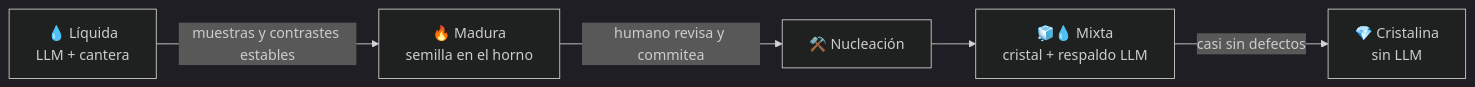
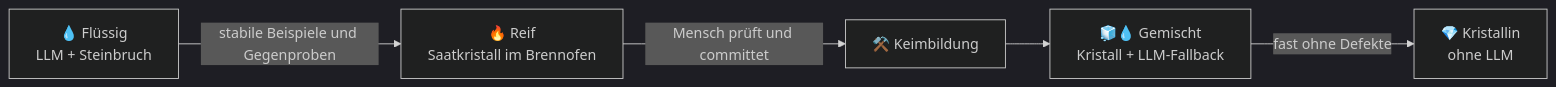
Before and after one commit to AbstractBike/SilvioMaciasSanchez: the diagram in abstract-architectures/forja.md, drawn with Mermaid (dark theme). The commit also changed other lines of this file and 4 other files, not shown here.

````diff
--- a/abstract-architectures/forja.md
+++ b/abstract-architectures/forja.md
@@ -51,7 +51,7 @@
 ```mermaid
 flowchart LR
-    L["💧 Líquida<br/>LLM + cantera"] -->|"muestras y contrastes estables"| M["🔥 Madura<br/>semilla en el horno"]
-    M -->|"humano revisa y commitea"| N["⚒️ Nucleación"]
-    N --> X["🧊💧 Mixta<br/>cristal + respaldo LLM"]
-    X -->|"casi sin defectos"| C["💎 Cristalina<br/>sin LLM"]
+    L["💧 Flüssig<br/>LLM + Steinbruch"] -->|"stabile Beispiele und Gegenproben"| M["🔥 Reif<br/>Saatkristall im Brennofen"]
+    M -->|"Mensch prüft und committet"| N["⚒️ Keimbildung"]
+    N --> X["🧊💧 Gemischt<br/>Kristall + LLM-Fallback"]
+    X -->|"fast ohne Defekte"| C["💎 Kristallin<br/>ohne LLM"]
 ```
````
